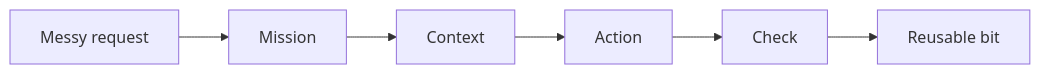
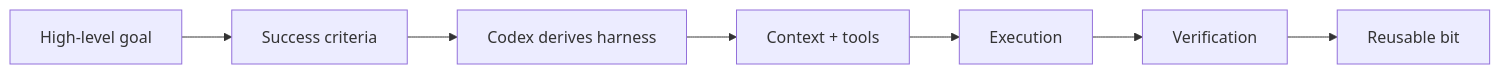
The diagram in examples/README.md (jremick/codexmaxxing), drawn with Mermaid before and after one commit. The commit also changed other lines of this file and 22 other files, not shown here.

````diff
--- a/examples/README.md
+++ b/examples/README.md
@@ -75,8 +104,9 @@
 ```mermaid
 flowchart LR
-  A["Messy request"] --> B["Mission"]
-  B --> C["Context"]
-  C --> D["Action"]
-  D --> E["Check"]
-  E --> F["Reusable bit"]
+  A["High-level goal"] --> B["Success criteria"]
+  B --> C["Codex derives harness"]
+  C --> D["Context + tools"]
+  D --> E["Execution"]
+  E --> F["Verification"]
+  F --> G["Reusable bit"]
 ```
````
